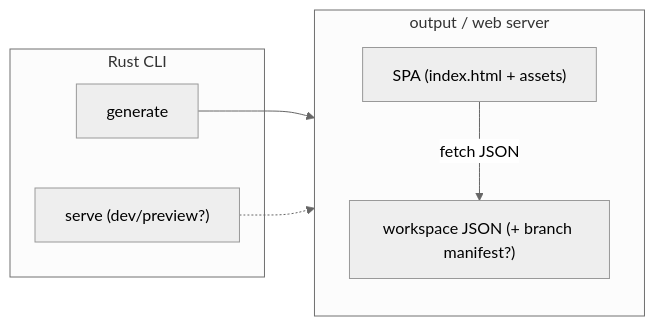
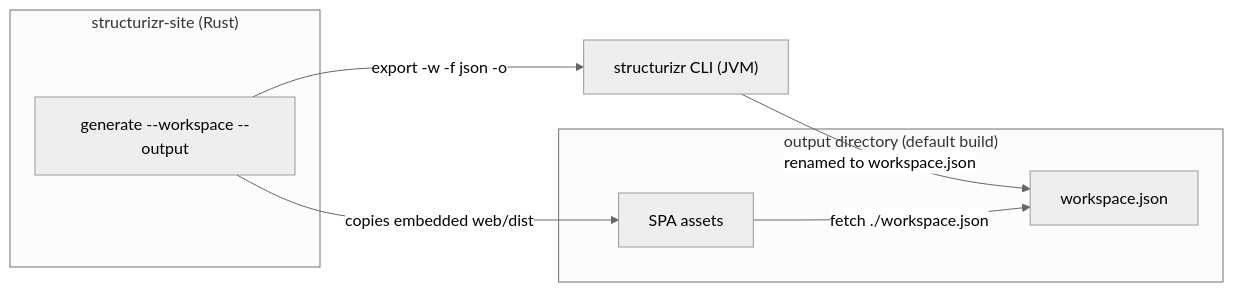
The diagram in .lode/architecture/summary.md (dirkgroot/structurizr-site), drawn with Mermaid (neutral theme) before and after one commit. The commit also changed other lines of this file and 6 other files, not shown here.

````diff
--- a/.lode/architecture/summary.md
+++ b/.lode/architecture/summary.md
@@ -15,14 +17,15 @@
 ```mermaid
 flowchart LR
-    subgraph cli["Rust CLI"]
-        build["generate"]
-        serve["serve (dev/preview?)"]
+    subgraph cli["structurizr-site (Rust)"]
+        generate["generate --workspace --output"]
     end
-    subgraph dist["output / web server"]
-        spa["SPA (index.html + assets)"]
-        json["workspace JSON (+ branch manifest?)"]
+    sc["structurizr CLI (JVM)"]
+    subgraph dist["output directory (default build)"]
+        spa["SPA assets"]
+        json["workspace.json"]
     end
-    build --> dist
-    serve -.-> dist
-    spa -- "fetch JSON" --> json
+    generate -- "export -w -f json -o" --> sc
+    sc -- "renamed to workspace.json" --> json
+    generate -- "copies embedded web/dist" --> spa
+    spa -- "fetch ./workspace.json" --> json
 ```
````
